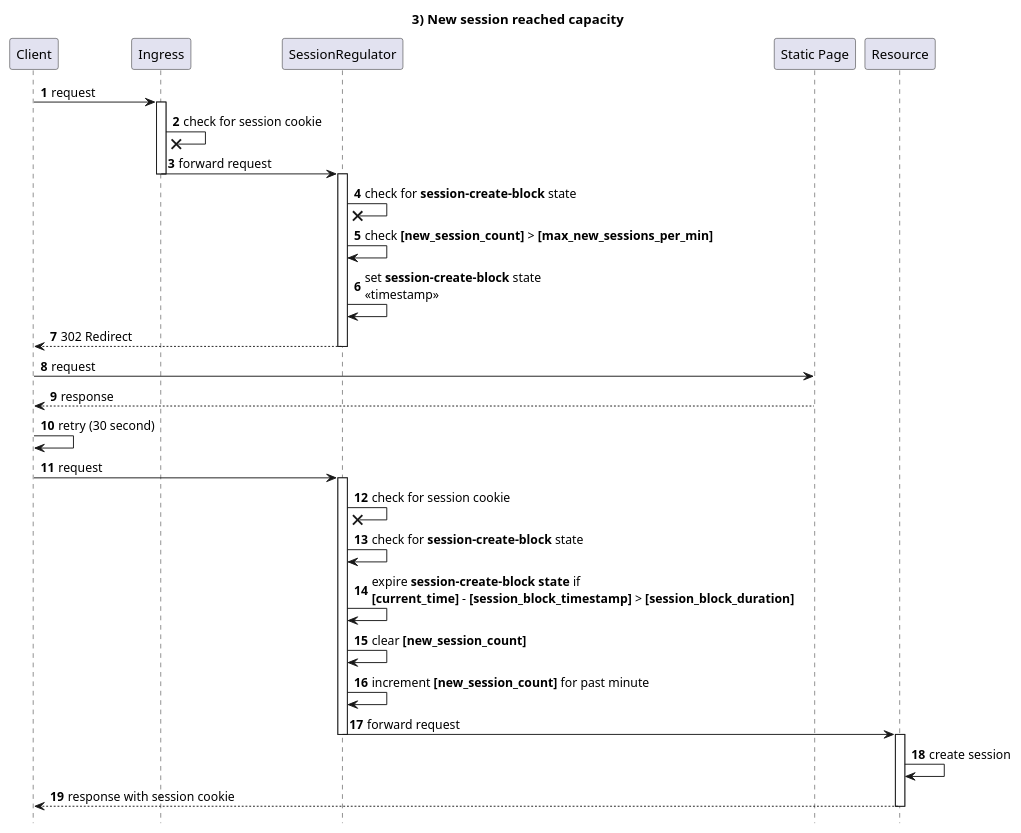
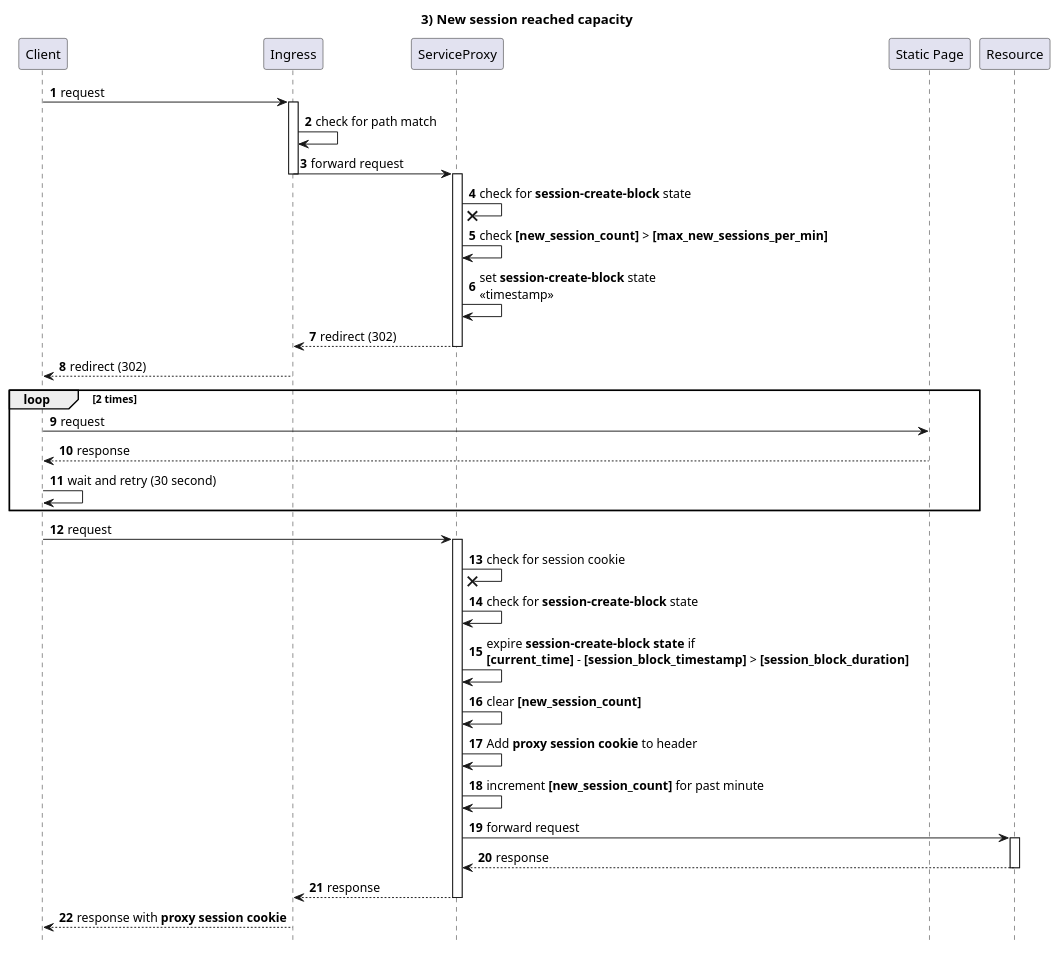
One commit to travisnielsen/k8s-waitroom changed the diagram in docs/3-new-session-no-capacity.puml. Above: the diagram before and after it, drawn with PlantUML. The commit also changed 12 other files, not shown here.

Commit message:
refactoring. added session block

```diff
--- a/docs/3-new-session-no-capacity.puml
+++ b/docs/3-new-session-no-capacity.puml
@@ -1,41 +1,48 @@
-@startuml Waitroom (generic) new session with capacity
+@startuml 3-new-session-no-capacity
 
 title 3) New session reached capacity
 
 autonumber
 hide footbox
 
 Client -> Ingress: request
 
 activate Ingress
-Ingress ->X Ingress: check for session cookie
-Ingress -> SessionRegulator: forward request
+Ingress -> Ingress: check for path match
+Ingress -> ServiceProxy: forward request
 deactivate Ingress
 
-activate SessionRegulator
-SessionRegulator ->X SessionRegulator: check for <b>session-create-block</b> state
-SessionRegulator -> SessionRegulator: check <b>[new_session_count]</b> > <b>[max_new_sessions_per_min]</b>
-SessionRegulator -> SessionRegulator: set <b>session-create-block</b> state\n<<timestamp>>
-SessionRegulator --> Client: 302 Redirect
-deactivate SessionRegulator
+activate ServiceProxy
+ServiceProxy ->X ServiceProxy: check for <b>session-create-block</b> state
+ServiceProxy -> ServiceProxy: check <b>[new_session_count]</b> > <b>[max_new_sessions_per_min]</b>
+ServiceProxy -> ServiceProxy: set <b>session-create-block</b> state\n<<timestamp>>
+ServiceProxy --> Ingress: redirect (302)
+deactivate ServiceProxy
+Ingress --> Client: redirect (302)
 
-Client -> "Static Page": request
-"Static Page" --> Client: response
-Client -> Client: retry (30 second)
 
-Client -> SessionRegulator: request
-activate SessionRegulator
-SessionRegulator ->X SessionRegulator: check for session cookie
-SessionRegulator -> SessionRegulator: check for <b>session-create-block</b> state
-SessionRegulator -> SessionRegulator: expire <b>session-create-block state</b> if\n<b>[current_time]</b> - <b>[session_block_timestamp]</b> > <b>[session_block_duration]</b>
-SessionRegulator -> SessionRegulator: clear <b>[new_session_count]</b>
-SessionRegulator -> SessionRegulator: increment <b>[new_session_count]</b> for past minute
-SessionRegulator -> Resource: forward request
-deactivate SessionRegulator
+loop 2 times
+    Client -> "Static Page": request
+    "Static Page" --> Client: response
+    Client -> Client: wait and retry (30 second)
+end
+
+Client -> ServiceProxy: request
+activate ServiceProxy
+ServiceProxy ->X ServiceProxy: check for session cookie
+ServiceProxy -> ServiceProxy: check for <b>session-create-block</b> state
+ServiceProxy -> ServiceProxy: expire <b>session-create-block state</b> if\n<b>[current_time]</b> - <b>[session_block_timestamp]</b> > <b>[session_block_duration]</b>
+ServiceProxy -> ServiceProxy: clear <b>[new_session_count]</b>
+ServiceProxy -> ServiceProxy: Add <b>proxy session cookie</b> to header
+ServiceProxy -> ServiceProxy: increment <b>[new_session_count]</b> for past minute
+ServiceProxy -> Resource: forward request
 
 activate Resource
-Resource -> Resource: create session
-Resource --> Client: response with session cookie
+Resource --> ServiceProxy: response
 deactivate Resource
+ServiceProxy --> Ingress: response
+deactivate ServiceProxy
+
+Ingress --> Client: response with <b>proxy session cookie</b>
 
 @enduml
```
